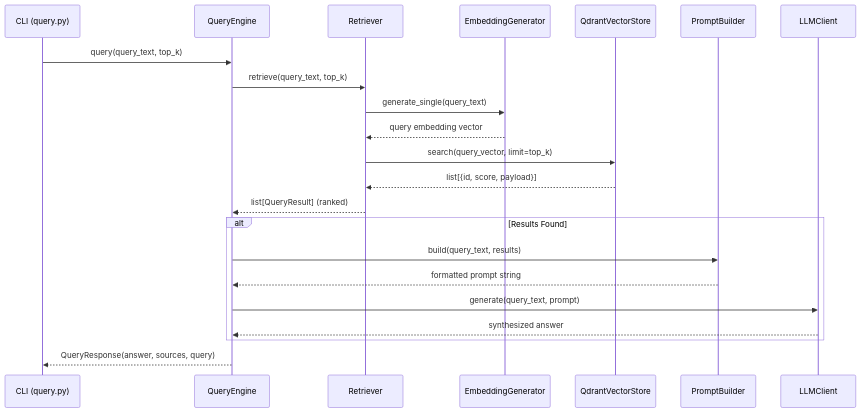
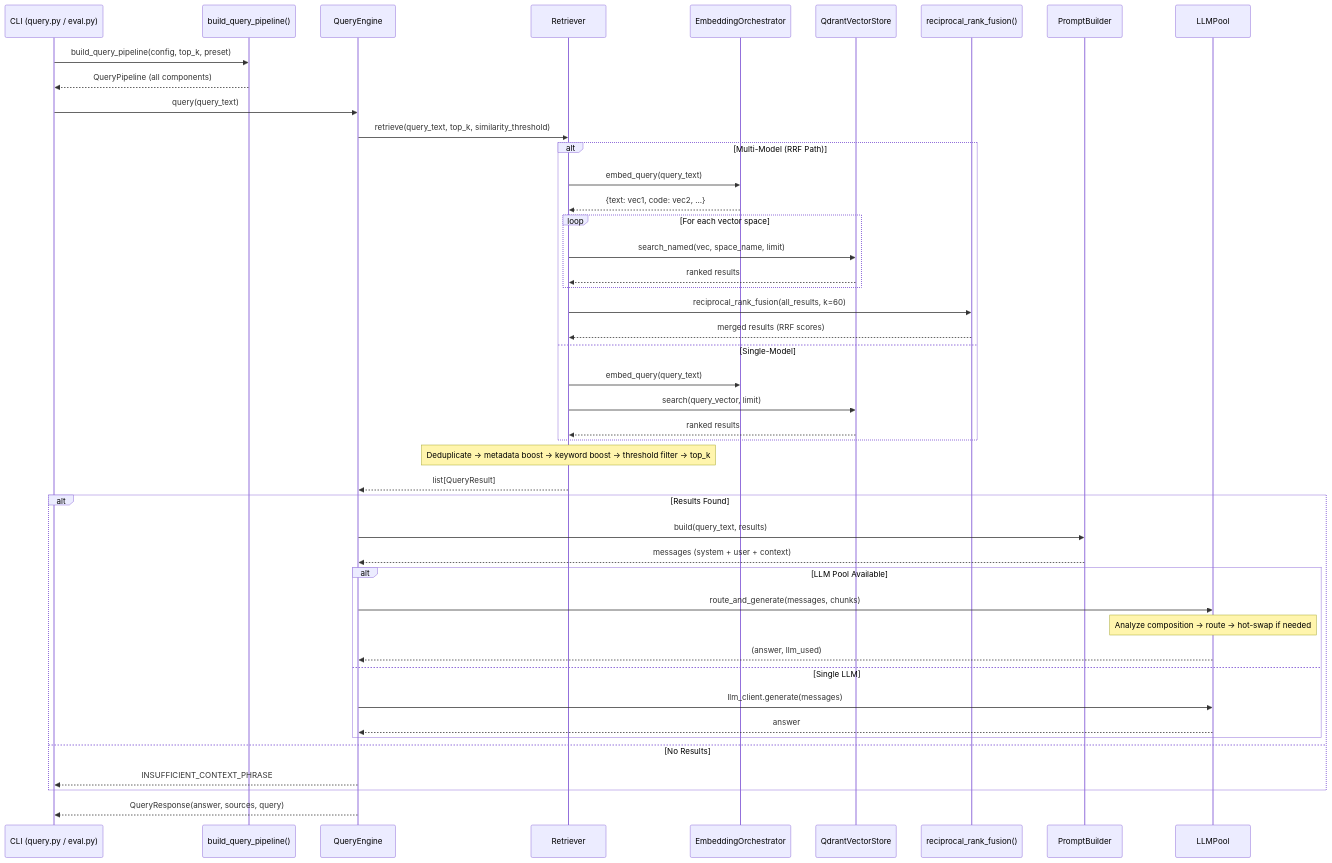
Before and after one commit to kenhia/krag: the third of 7 diagrams in docs/architecture.md, drawn with Mermaid. The commit also changed other lines of this file, not shown here.

First line of the commit message:
docs: comprehensive architecture.md update for 006-code-quality-sprint

````diff
--- a/docs/architecture.md
+++ b/docs/architecture.md
@@ -219,27 +304,54 @@
 ```mermaid
 sequenceDiagram
-    participant CLI as CLI (query.py)
+    participant CLI as CLI (query.py / eval.py)
+    participant PIPE as build_query_pipeline()
     participant QE as QueryEngine
     participant RET as Retriever
-    participant EG as EmbeddingGenerator
+    participant EO as EmbeddingOrchestrator
     participant VS as QdrantVectorStore
+    participant RRF as reciprocal_rank_fusion()
     participant PB as PromptBuilder
-    participant LLM as LLMClient
+    participant POOL as LLMPool
 
-    CLI->>QE: query(query_text, top_k)
-    QE->>RET: retrieve(query_text, top_k)
-    RET->>EG: generate_single(query_text)
-    EG-->>RET: query embedding vector
-    RET->>VS: search(query_vector, limit=top_k)
-    VS-->>RET: list[{id, score, payload}]
-    RET-->>QE: list[QueryResult] (ranked)
+    CLI->>PIPE: build_query_pipeline(config, top_k, preset)
+    PIPE-->>CLI: QueryPipeline (all components)
+
+    CLI->>QE: query(query_text)
+    QE->>RET: retrieve(query_text, top_k, similarity_threshold)
+
+    alt Multi-Model (RRF Path)
+        RET->>EO: embed_query(query_text)
+        EO-->>RET: {text: vec1, code: vec2, ...}
+        loop For each vector space
+            RET->>VS: search_named(vec, space_name, limit)
+            VS-->>RET: ranked results
+        end
+        RET->>RRF: reciprocal_rank_fusion(all_results, k=60)
+        RRF-->>RET: merged results (RRF scores)
+    else Single-Model
+        RET->>EO: embed_query(query_text)
+        RET->>VS: search(query_vector, limit)
+        VS-->>RET: ranked results
+    end
+
+    Note over RET: Deduplicate → metadata boost → keyword boost → threshold filter → top_k
+    RET-->>QE: list[QueryResult]
 
     alt Results Found
         QE->>PB: build(query_text, results)
-        PB-->>QE: formatted prompt string
-        QE->>LLM: generate(query_text, prompt)
-        LLM-->>QE: synthesized answer
+        PB-->>QE: messages (system + user + context)
+
+        alt LLM Pool Available
+            QE->>POOL: route_and_generate(messages, chunks)
+            Note over POOL: Analyze composition → route → hot-swap if needed
+            POOL-->>QE: (answer, llm_used)
+        else Single LLM
+            QE->>POOL: llm_client.generate(messages)
+            POOL-->>QE: answer
+        end
+    else No Results
+        QE-->>CLI: INSUFFICIENT_CONTEXT_PHRASE
     end
 
     QE-->>CLI: QueryResponse(answer, sources, query)
 ```
````
